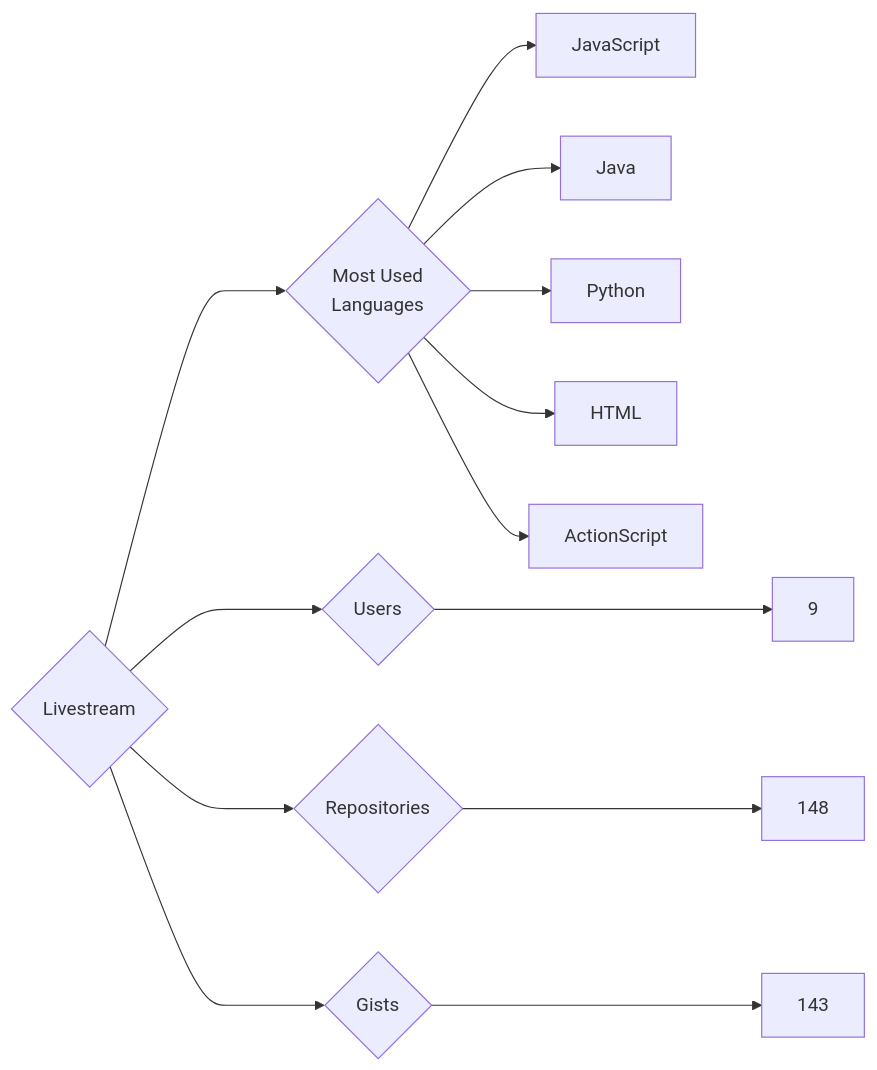
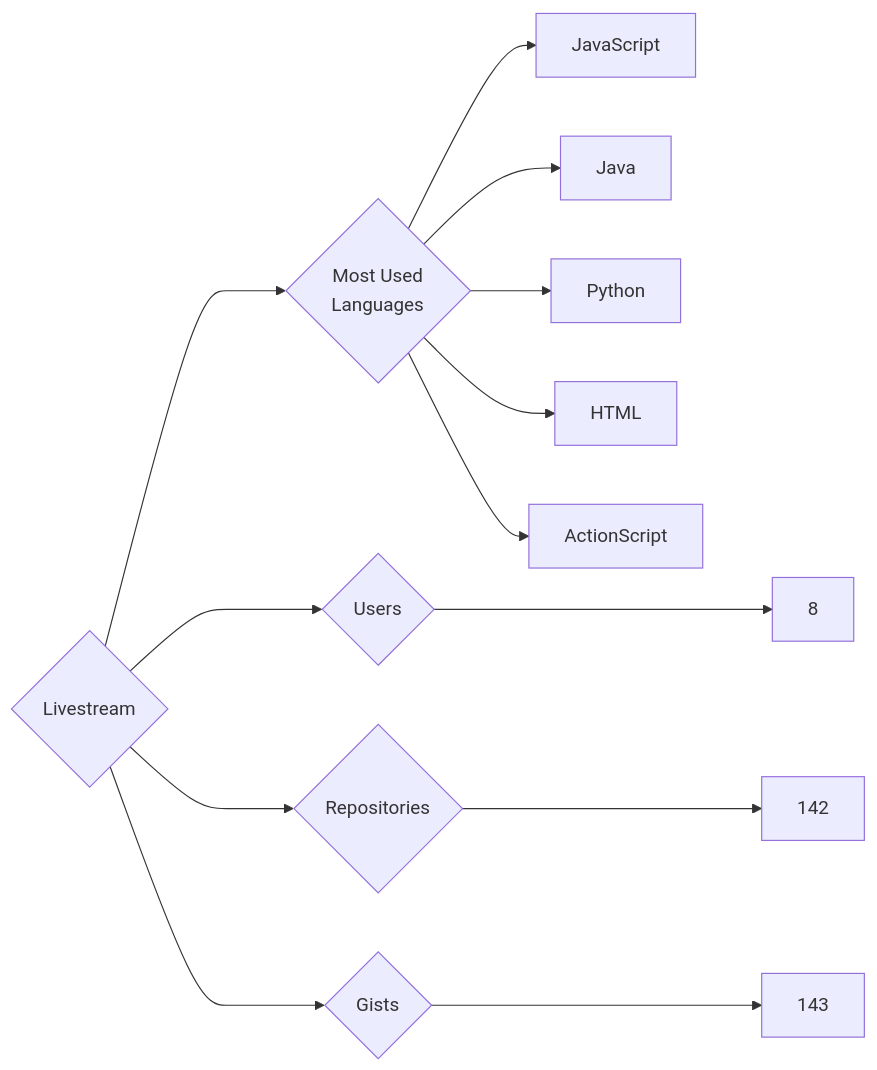
One commit to trickest/insiders changed the diagram in targets/Livestream/README.md. Above: the diagram before and after it, drawn with Mermaid. The commit also changed 1484 other files, not shown here.

````diff
--- a/targets/Livestream/README.md
+++ b/targets/Livestream/README.md
@@ -3,13 +3,13 @@
 ```mermaid
 graph LR
 COMPANY_NAME{Livestream}
-COMPANY_NAME ---> U{Users} ---> UN[9]
-COMPANY_NAME ---> R{Repositories} ---> RN[148]
+COMPANY_NAME ---> U{Users} ---> UN[8]
+COMPANY_NAME ---> R{Repositories} ---> RN[142]
 COMPANY_NAME ---> G{Gists} ---> GN[143]
 COMPANY_NAME ---> ML{Most Used<br>Languages}
 ML --> JavaScript[JavaScript]
 ML --> Java[Java]
 ML --> Python[Python]
 ML --> HTML[HTML]
 ML --> ActionScript[ActionScript]
 ```
````
